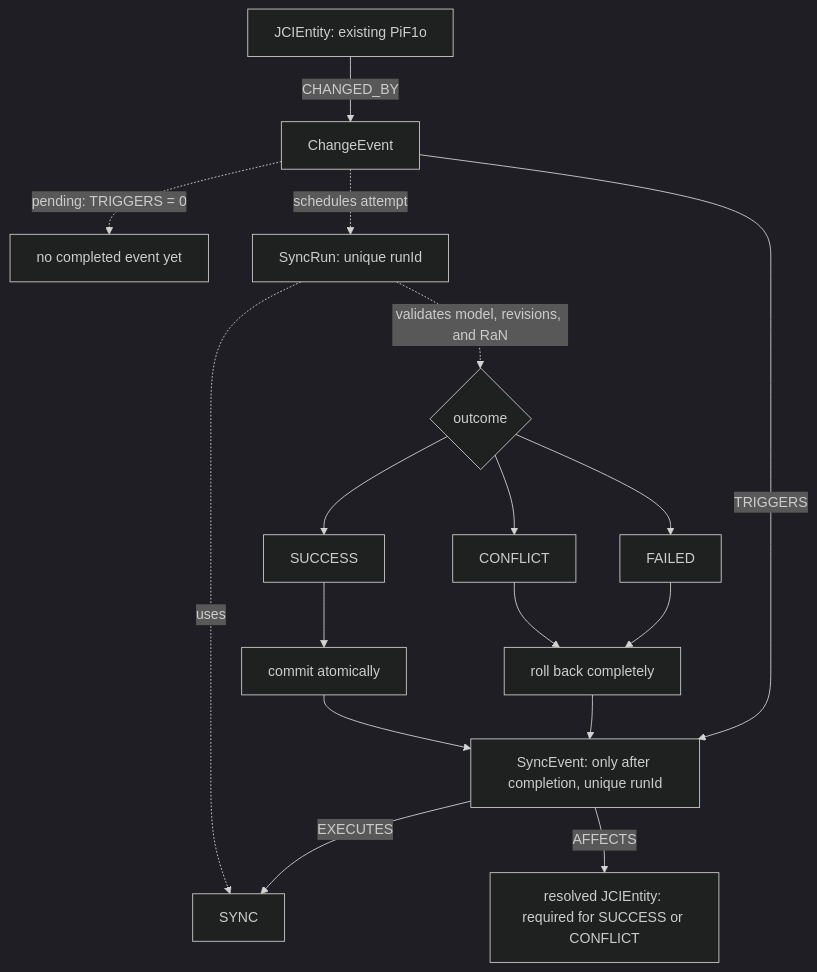
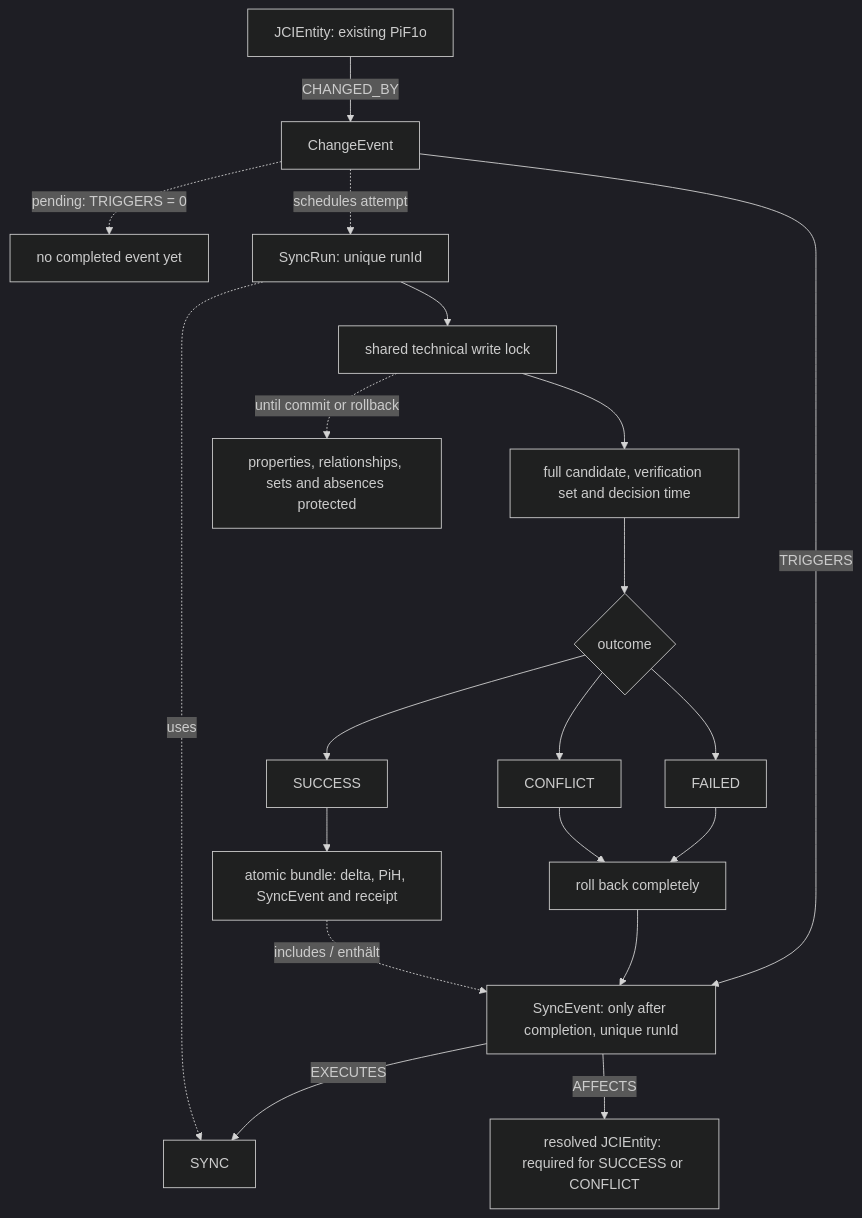
Before and after one commit to eeimicke/junaco-jci-loop: the tenth of 12 diagrams in docs/en/guides/JCI_EXAMPLE.md, drawn with Mermaid (dark theme). The commit also changed other lines of this file and 42 other files, not shown here.

````diff
--- a/docs/en/guides/JCI_EXAMPLE.md
+++ b/docs/en/guides/JCI_EXAMPLE.md
@@ -264,19 +278,22 @@
 ```mermaid
 flowchart TD
     Entity[JCIEntity: existing PiF1o] -->|CHANGED_BY| ChangeEvent
     ChangeEvent -. pending: TRIGGERS = 0 .-> Pending[no completed event yet]
     ChangeEvent -. schedules attempt .-> Run[SyncRun: unique runId]
     Run -. uses .-> Definition[SYNC]
-    Run -. validates model, revisions, and RaN .-> Decision{outcome}
+    Run --> Gate[shared technical write lock]
+    Gate --> Validate[full candidate, verification set and decision time]
+    Validate --> Decision{outcome}
+    Gate -. until commit or rollback .-> Protected[properties, relationships, sets and absences protected]
     Decision --> Success[SUCCESS]
     Decision --> Conflict[CONFLICT]
     Decision --> Failed[FAILED]
-    Success --> Apply[commit atomically]
+    Success --> Apply[atomic bundle: delta, PiH, SyncEvent and receipt]
     Conflict --> Rollback[roll back completely]
     Failed --> Rollback
-    Apply --> Event[SyncEvent]
+    Apply -. includes / enthält .-> Event[SyncEvent]
     Rollback --> Event
     ChangeEvent -->|TRIGGERS| Event[SyncEvent: only after completion, unique runId]
     Event -->|EXECUTES| Definition
     Event -->|AFFECTS| Affected[resolved JCIEntity: required for SUCCESS or CONFLICT]
 ```
````
